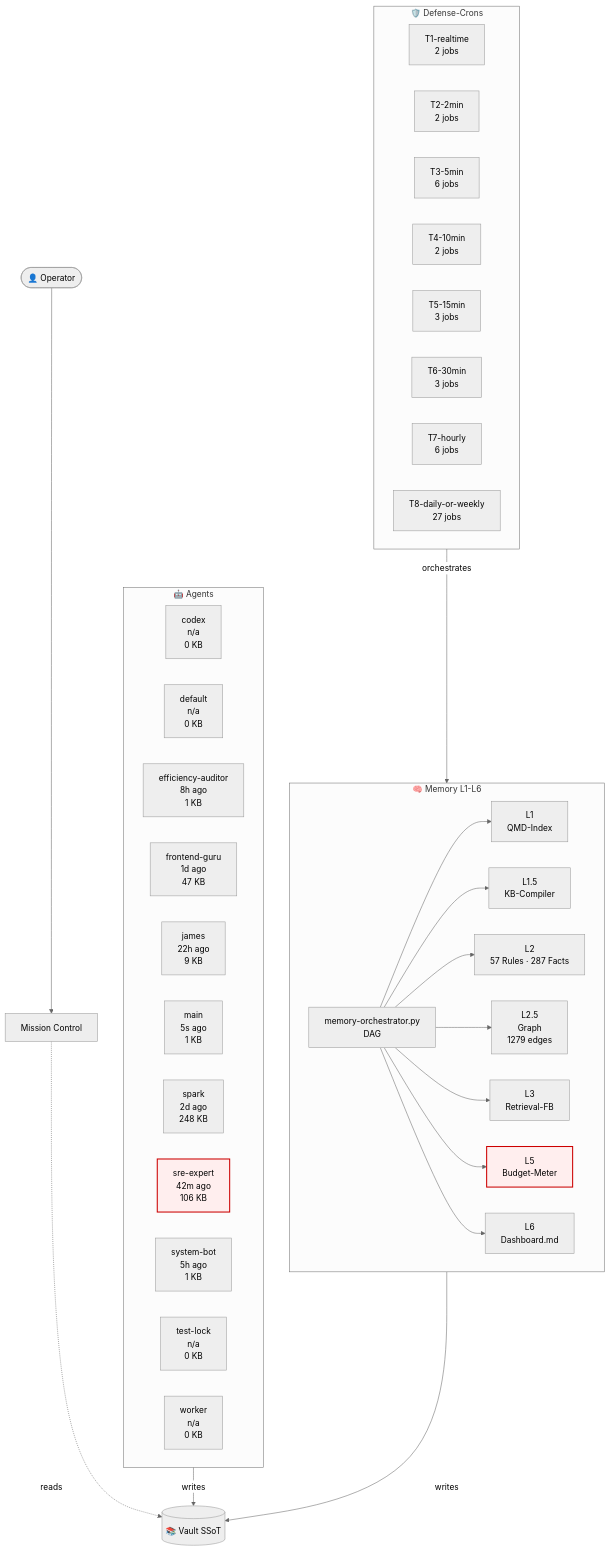
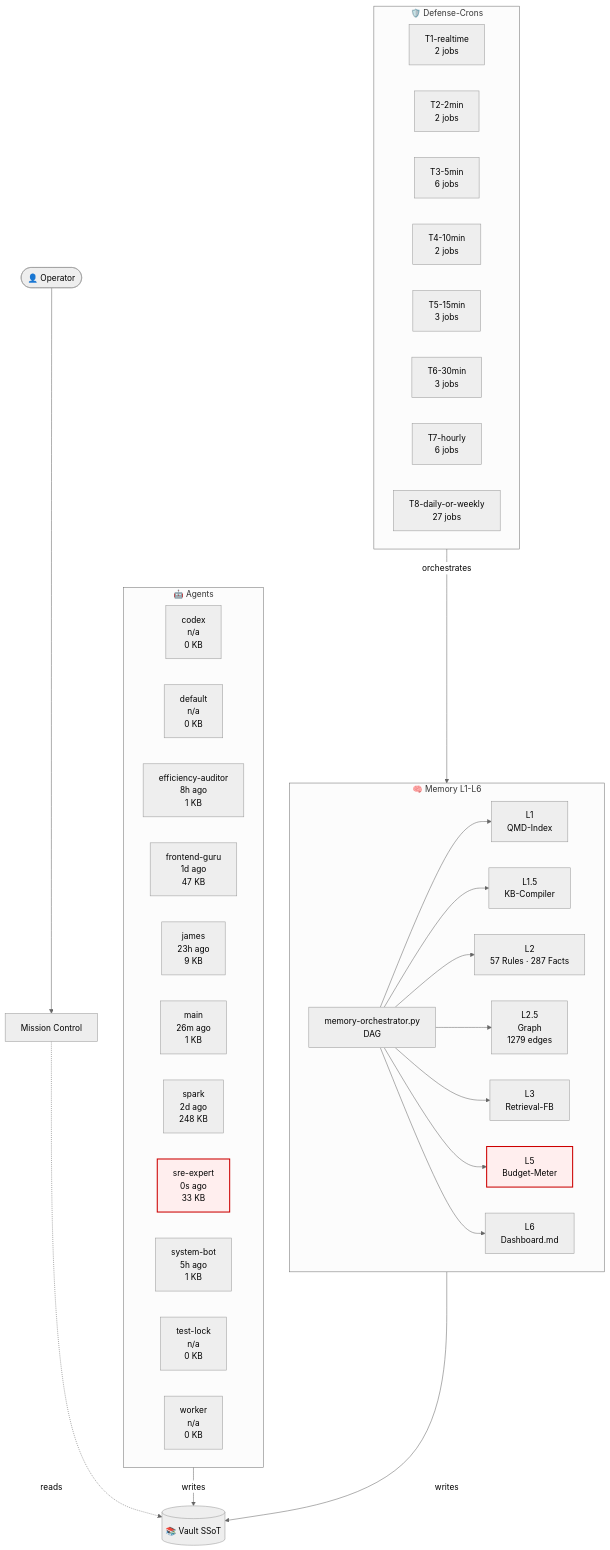
One commit to lenardhuebner88-rgb/openclaw-memory changed the diagram in 03-Agents/architecture-live.md. Above: the diagram before and after it, drawn with Mermaid (neutral theme). The commit also changed other lines of this file and 6 other files, not shown here.

````diff
--- a/03-Agents/architecture-live.md
+++ b/03-Agents/architecture-live.md
@@ -18,54 +18,54 @@
 ```mermaid
 flowchart TB
     classDef critical fill:#fee,stroke:#c00,stroke-width:2px;
     subgraph AGT["🤖 Agents"]
         agent_codex["codex<br/>n/a<br/>0 KB"]
         agent_default["default<br/>n/a<br/>0 KB"]
         agent_efficiency_auditor["efficiency-auditor<br/>8h ago<br/>1 KB"]
         agent_frontend_guru["frontend-guru<br/>1d ago<br/>47 KB"]
-        agent_james["james<br/>22h ago<br/>9 KB"]
-        agent_main["main<br/>5s ago<br/>1 KB"]
+        agent_james["james<br/>23h ago<br/>9 KB"]
+        agent_main["main<br/>26m ago<br/>1 KB"]
         agent_spark["spark<br/>2d ago<br/>248 KB"]
-        agent_sre_expert["sre-expert<br/>42m ago<br/>106 KB"]
+        agent_sre_expert["sre-expert<br/>0s ago<br/>33 KB"]
         agent_system_bot["system-bot<br/>5h ago<br/>1 KB"]
         agent_test_lock["test-lock<br/>n/a<br/>0 KB"]
         agent_worker["worker<br/>n/a<br/>0 KB"]
     end
     subgraph MEM["🧠 Memory L1-L6"]
         L1["L1<br/>QMD-Index"]
         L15["L1.5<br/>KB-Compiler"]
         L2["L2<br/>57 Rules · 287 Facts"]
         L25["L2.5<br/>Graph<br/>1279 edges"]
         L3["L3<br/>Retrieval-FB"]
         L5["L5<br/>Budget-Meter"]
         L6["L6<br/>Dashboard.md"]
         ORCH["memory-orchestrator.py<br/>DAG"]
     end
     subgraph CRN["🛡️ Defense-Crons"]
         tier_T1_realtime["T1-realtime<br/>2 jobs"]
         tier_T2_2min["T2-2min<br/>2 jobs"]
         tier_T3_5min["T3-5min<br/>6 jobs"]
         tier_T4_10min["T4-10min<br/>2 jobs"]
         tier_T5_15min["T5-15min<br/>3 jobs"]
         tier_T6_30min["T6-30min<br/>3 jobs"]
         tier_T7_hourly["T7-hourly<br/>6 jobs"]
         tier_T8_daily_or_weekly["T8-daily-or-weekly<br/>27 jobs"]
     end
     VAULT[("📚 Vault SSoT")]
     OP([👤 Operator])
     MC["Mission Control"]
     OP --> MC
     MC -.reads.-> VAULT
     AGT -->|writes| VAULT
     MEM -->|writes| VAULT
     ORCH --> L1
     ORCH --> L15
     ORCH --> L2
     ORCH --> L25
     ORCH --> L3
     ORCH --> L5
     ORCH --> L6
     CRN -->|orchestrates| MEM
     class L5 critical
     class agent_sre_expert critical
 ```
````
